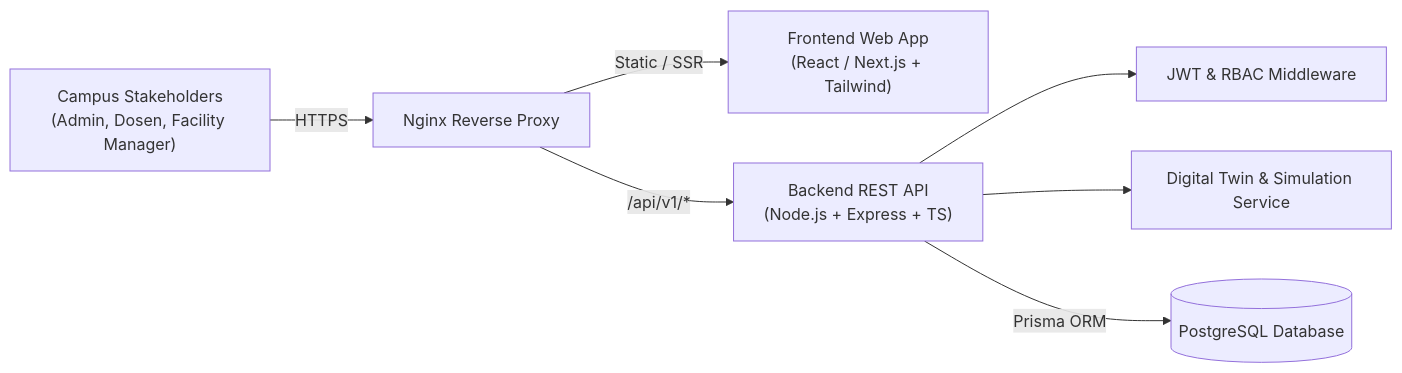
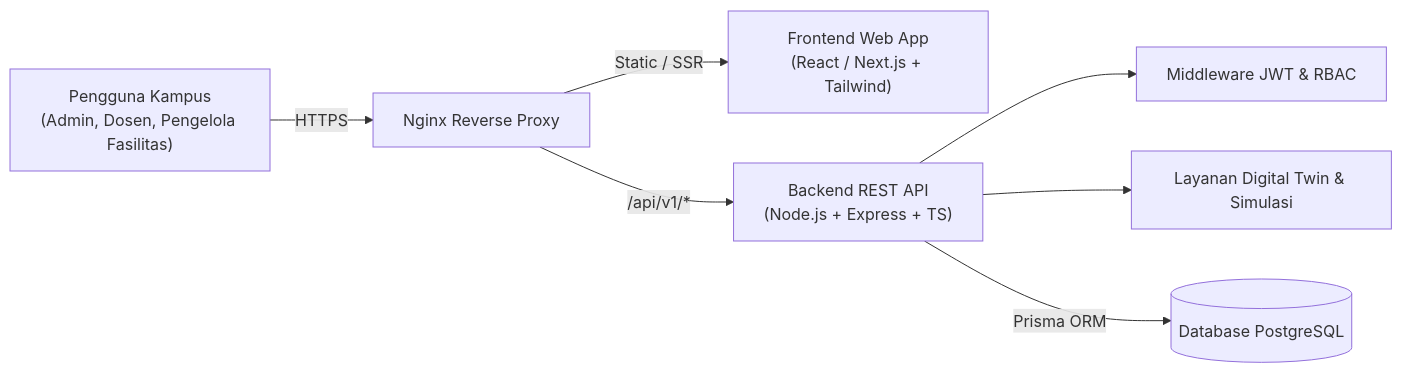
One commit to agilramadhann/Kelompok-3 changed the diagram in README.md. Above: the diagram before and after it, drawn with Mermaid. The commit also changed other lines of this file, not shown here.

````diff
--- a/README.md
+++ b/README.md
@@ -145,9 +188,14 @@
 ```mermaid
 flowchart LR
-    User["Campus Stakeholders\n(Admin, Dosen, Facility Manager)"] -->|HTTPS| Nginx["Nginx Reverse Proxy"]
+    User["Pengguna Kampus\n(Admin, Dosen, Pengelola Fasilitas)"] -->|HTTPS| Nginx["Nginx Reverse Proxy"]
+
     Nginx -->|Static / SSR| FE["Frontend Web App\n(React / Next.js + Tailwind)"]
+
     Nginx -->|/api/v1/*| BE["Backend REST API\n(Node.js + Express + TS)"]
-    BE --> Auth["JWT & RBAC Middleware"]
-    BE --> Sim["Digital Twin & Simulation Service"]
-    BE -->|Prisma ORM| DB[("PostgreSQL Database")]
+
+    BE --> Auth["Middleware JWT & RBAC"]
+
+    BE --> Sim["Layanan Digital Twin & Simulasi"]
+
+    BE -->|Prisma ORM| DB[("Database PostgreSQL")]
 ```
````
